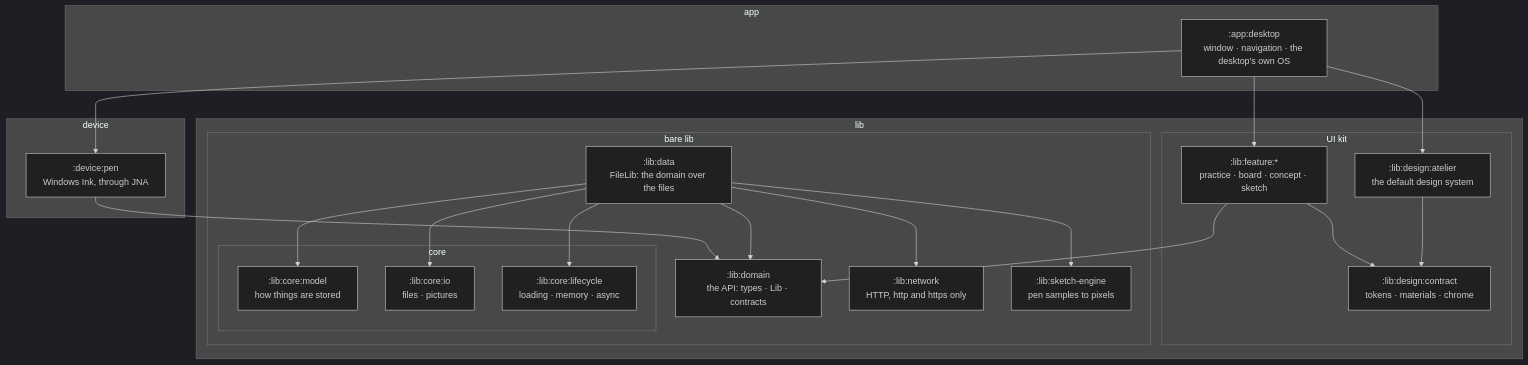
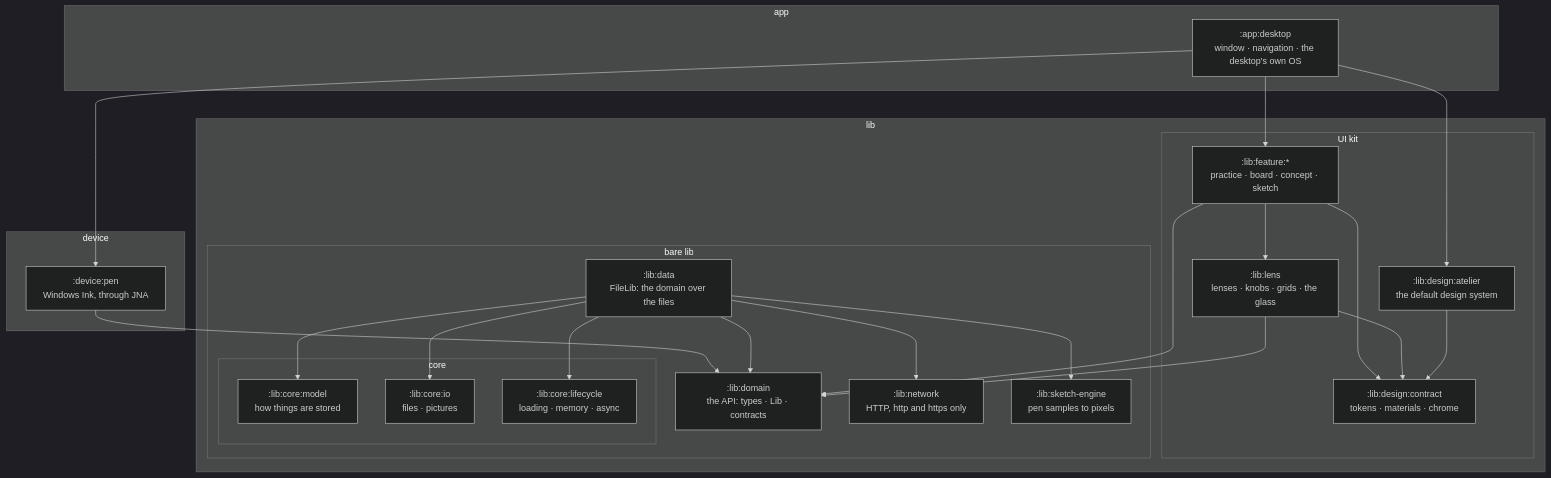
The diagram in docs/Architecture.md (cwellm/ActionDraw), drawn with Mermaid (dark theme) before and after one commit. The commit also changed other lines of this file and 32 other files, not shown here.

````diff
--- a/docs/Architecture.md
+++ b/docs/Architecture.md
@@ -17,40 +18,44 @@
 ```mermaid
 flowchart TB
   subgraph APP["app"]
     desktop[":app:desktop<br/>window · navigation · the desktop's own OS"]
   end
   subgraph DEVICE["device"]
     pen[":device:pen<br/>Windows Ink, through JNA"]
   end
   subgraph LIB["lib"]
     subgraph UI["UI kit"]
       features[":lib:feature:*<br/>practice · board · concept · sketch"]
+      lens[":lib:lens<br/>lenses · knobs · grids · the glass"]
       atelier[":lib:design:atelier<br/>the default design system"]
       contract[":lib:design:contract<br/>tokens · materials · chrome"]
     end
     subgraph BARE["bare lib"]
       data[":lib:data<br/>FileLib: the domain over the files"]
       domain[":lib:domain<br/>the API: types · Lib · contracts"]
       network[":lib:network<br/>HTTP, http and https only"]
       engine[":lib:sketch-engine<br/>pen samples to pixels"]
       subgraph CORE["core"]
         model[":lib:core:model<br/>how things are stored"]
         io[":lib:core:io<br/>files · pictures"]
         lifecycle[":lib:core:lifecycle<br/>loading · memory · async"]
       end
     end
   end
   desktop --> features
   desktop --> atelier
   desktop --> pen
   pen --> domain
+  features --> lens
   features --> contract
   features --> domain
+  lens --> contract
+  lens --> domain
   atelier --> contract
   data --> domain
   data --> model
   data --> io
   data --> lifecycle
   data --> network
   data --> engine
 ```
````
